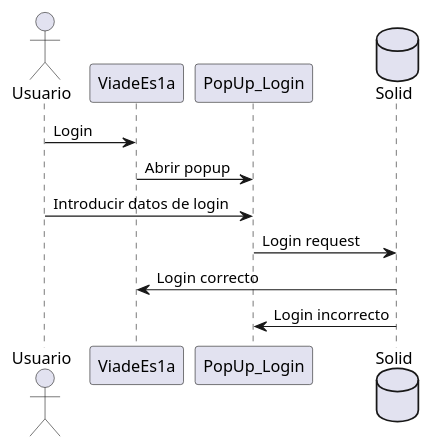
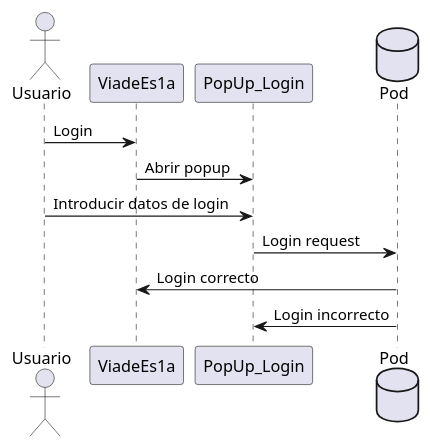
Before and after one commit to Arquisoft/viade_es1a: the first of 4 diagrams in src/docs/06_runtime_view.adoc, drawn with PlantUML. The commit also changed other lines of this file and 8 other files, not shown here.

```diff
--- a/src/docs/06_runtime_view.adoc
+++ b/src/docs/06_runtime_view.adoc
@@ -6,16 +6,16 @@
 [plantuml,Inicio Sesión,png]
 ----
 @startuml
 
 actor Usuario
 Usuario -> ViadeEs1a: Login 
 ViadeEs1a -> PopUp_Login:Abrir popup
 Usuario -> PopUp_Login:Introducir datos de login
-database Solid
-PopUp_Login -> Solid:Login request
-Solid -> ViadeEs1a:   Login correcto
-Solid -> PopUp_Login:   Login incorrecto
+database Pod
+PopUp_Login -> Pod:Login request
+Pod -> ViadeEs1a:   Login correcto
+Pod -> PopUp_Login:   Login incorrecto
 
 
 @enduml
 ----
```
